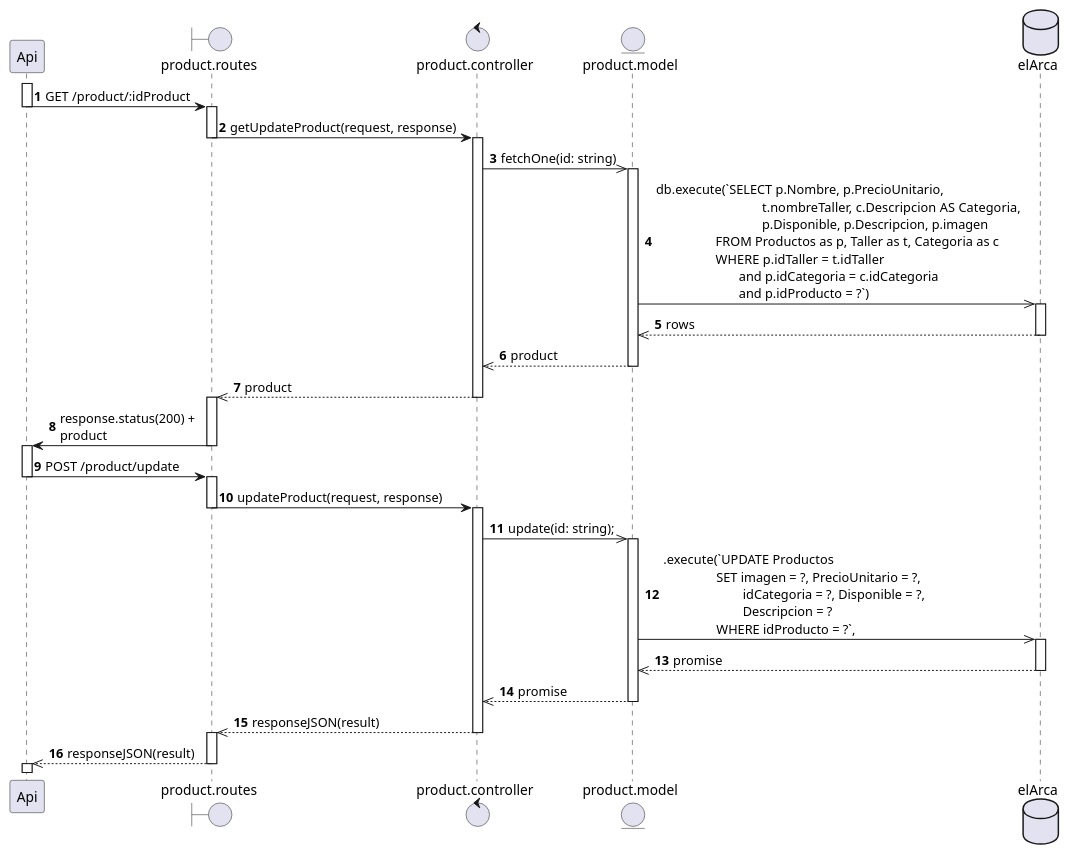
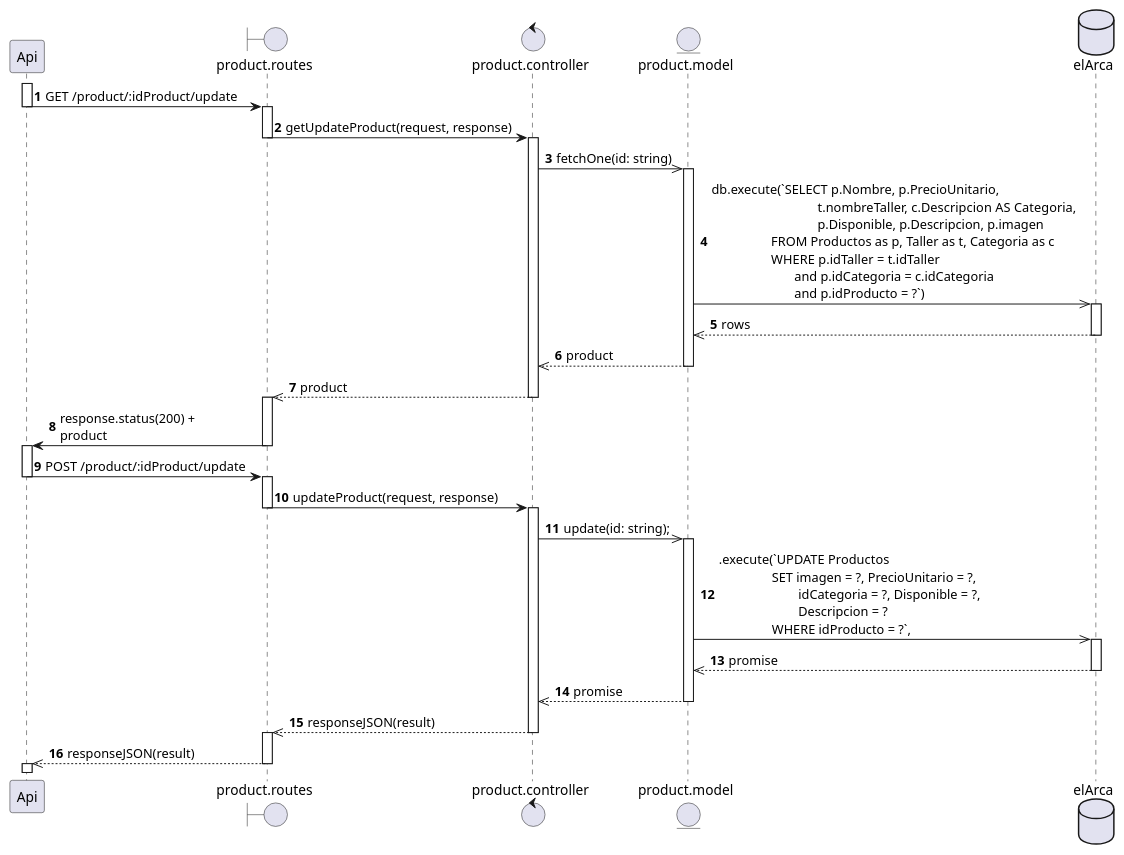
Before and after one commit to OlimpoHub/backend: the diagram in Diagrams/modifyProduct.puml, drawn with PlantUML. The commit also changed 5 other files, not shown here.

Commit message:
[ADD] routes, controller and model for modify product

```diff
--- a/Diagrams/modifyProduct.puml
+++ b/Diagrams/modifyProduct.puml
@@ -1,75 +1,75 @@
 @startuml INV-003 Modify Product
 participant Api
 boundary product.routes as routes
 control product.controller as controller
 entity product.model as model  
 database elArca
 
 autonumber
 activate Api
-Api -> routes: GET /product/:idProduct
+Api -> routes: GET /product/:idProduct/update
 deactivate Api
 
 activate routes
 routes -> controller: getUpdateProduct(request, response)
 deactivate routes
 
 activate controller
 controller ->> model: fetchOne(id: string)
 
 activate model
 model ->> elArca: db.execute(`SELECT p.Nombre, p.PrecioUnitario, \n\t\t\t\tt.nombreTaller, c.Descripcion AS Categoria, \n\t\t\t\tp.Disponible, p.Descripcion, p.imagen \n\t\t  FROM Productos as p, Taller as t, Categoria as c \n\t\t  WHERE p.idTaller = t.idTaller \n\t\t\t and p.idCategoria = c.idCategoria \n\t\t\t and p.idProducto = ?`)
 
 activate elArca 
 elArca -->> model: rows
 deactivate elArca
 
 model -->> controller: product
 deactivate model
 
 controller -->> routes: product
 deactivate controller
 
 activate routes
 routes -> Api: response.status(200) + \nproduct
 deactivate routes
 
 activate Api
-Api -> routes : POST /product/update
+Api -> routes : POST /product/:idProduct/update
 deactivate Api
 
 activate routes
 
 routes -> controller : updateProduct(request, response)
 deactivate routes
 activate controller
 
 controller ->> model : update(id: string);
 
 activate model
 
 model ->> elArca :  .execute(`UPDATE Productos \n\t\tSET imagen = ?, PrecioUnitario = ?, \n\t\t\tidCategoria = ?, Disponible = ?, \n\t\t\tDescripcion = ? \n\t\tWHERE idProducto = ?`,
 
 activate elArca
 
 elArca -->> model : promise
 
 deactivate elArca
 
 model -->> controller : promise
 
 deactivate model
 
 controller -->> routes : responseJSON(result)
 deactivate controller
 
 activate routes
 
 routes -->> Api : responseJSON(result)
 
 deactivate routes
 activate Api
 
 deactivate Api
 
 @enduml
```
